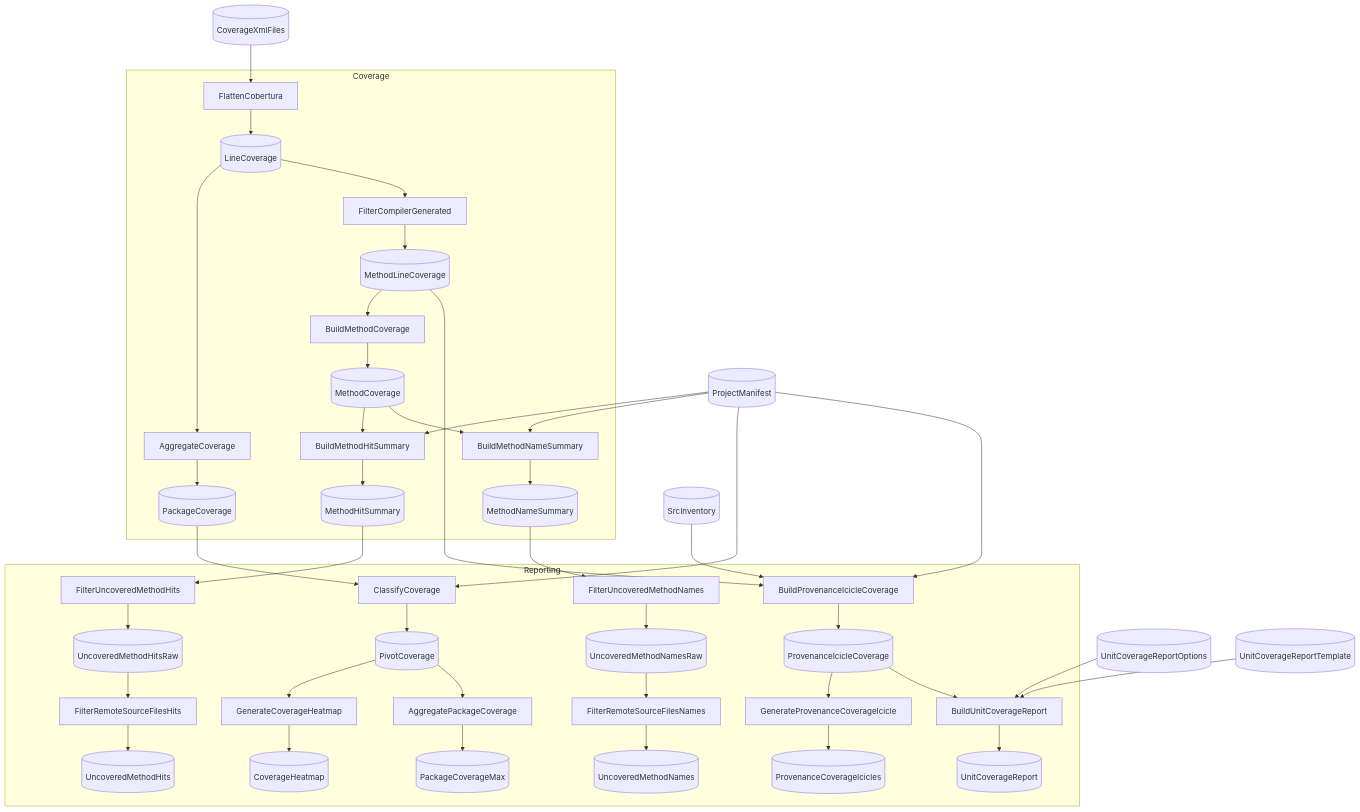
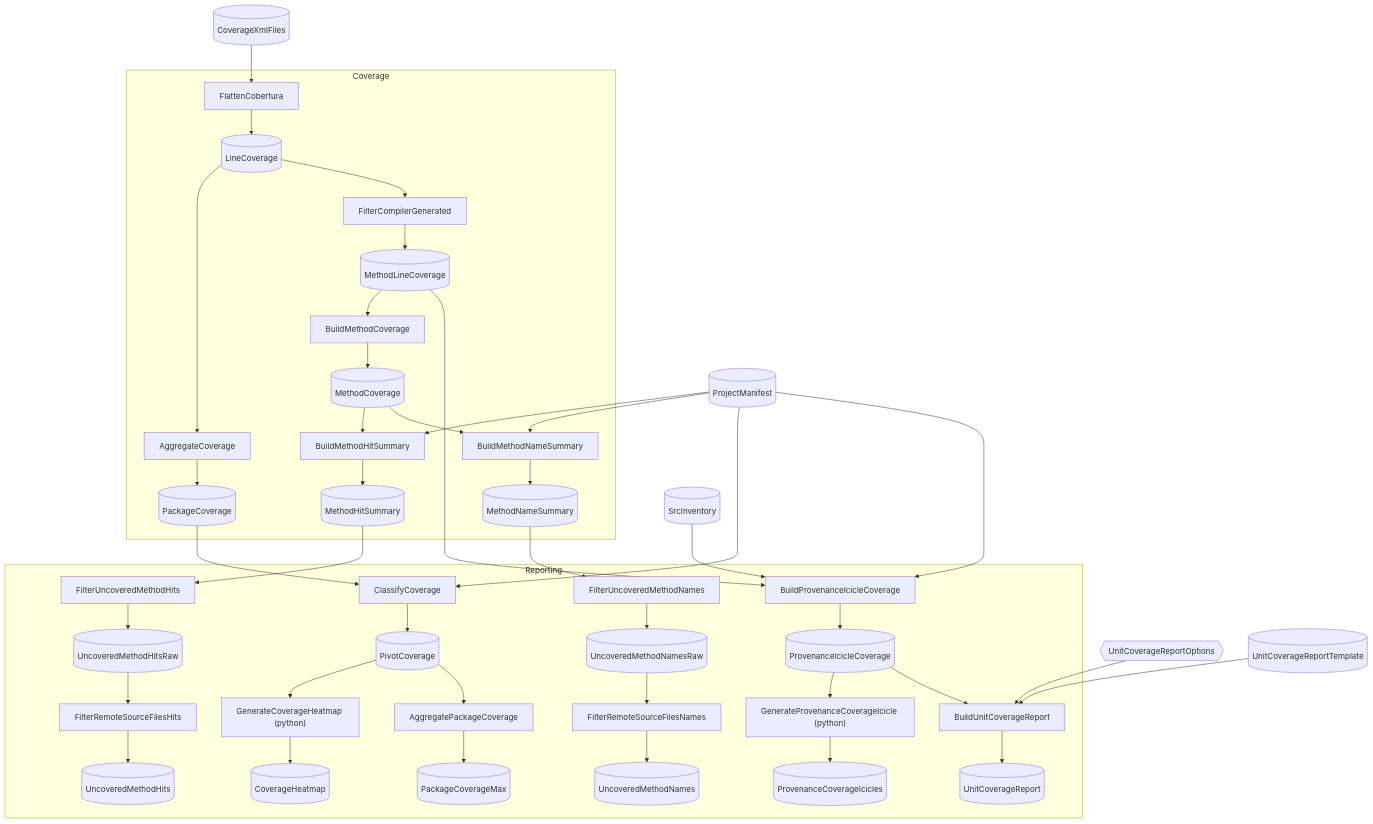
Before and after one commit to chaoticgoodcomputing/flowthru: the diagram in examples/advanced/FlowthruCoverage/README.md, drawn with Mermaid. The commit also changed other lines of this file and 16 other files, not shown here.

Commit message:
docs: update README examples with new mermaid output

```diff
--- a/examples/advanced/FlowthruCoverage/README.md
+++ b/examples/advanced/FlowthruCoverage/README.md
@@ -56,7 +56,7 @@
     CoverageXmlFiles[("CoverageXmlFiles")]
     ProjectManifest[("ProjectManifest")]
     SrcInventory[("SrcInventory")]
-    UnitCoverageReportOptions[("UnitCoverageReportOptions")]
+    UnitCoverageReportOptions{{"UnitCoverageReportOptions"}}
     UnitCoverageReportTemplate[("UnitCoverageReportTemplate")]
 
     subgraph Coverage["Coverage"]
@@ -79,11 +79,11 @@
         PivotCoverage[("PivotCoverage")]
         BuildProvenanceIcicleCoverage["BuildProvenanceIcicleCoverage"]
         ProvenanceIcicleCoverage[("ProvenanceIcicleCoverage")]
-        GenerateCoverageHeatmap["GenerateCoverageHeatmap"]
+        GenerateCoverageHeatmap["GenerateCoverageHeatmap (python)"]
         CoverageHeatmap[("CoverageHeatmap")]
         AggregatePackageCoverage["AggregatePackageCoverage"]
         PackageCoverageMax[("PackageCoverageMax")]
-        GenerateProvenanceCoverageIcicle["GenerateProvenanceCoverageIcicle"]
+        GenerateProvenanceCoverageIcicle["GenerateProvenanceCoverageIcicle (python)"]
         ProvenanceCoverageIcicles[("ProvenanceCoverageIcicles")]
         BuildUnitCoverageReport["BuildUnitCoverageReport"]
         UnitCoverageReport[("UnitCoverageReport")]
```
